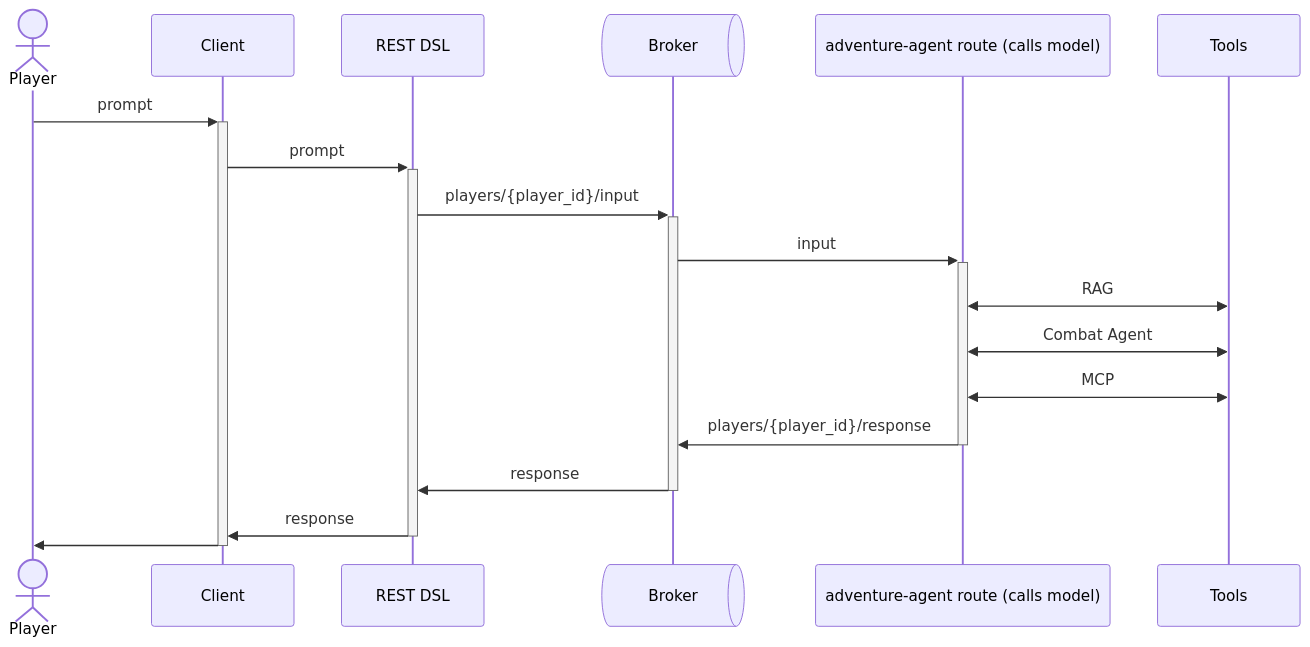
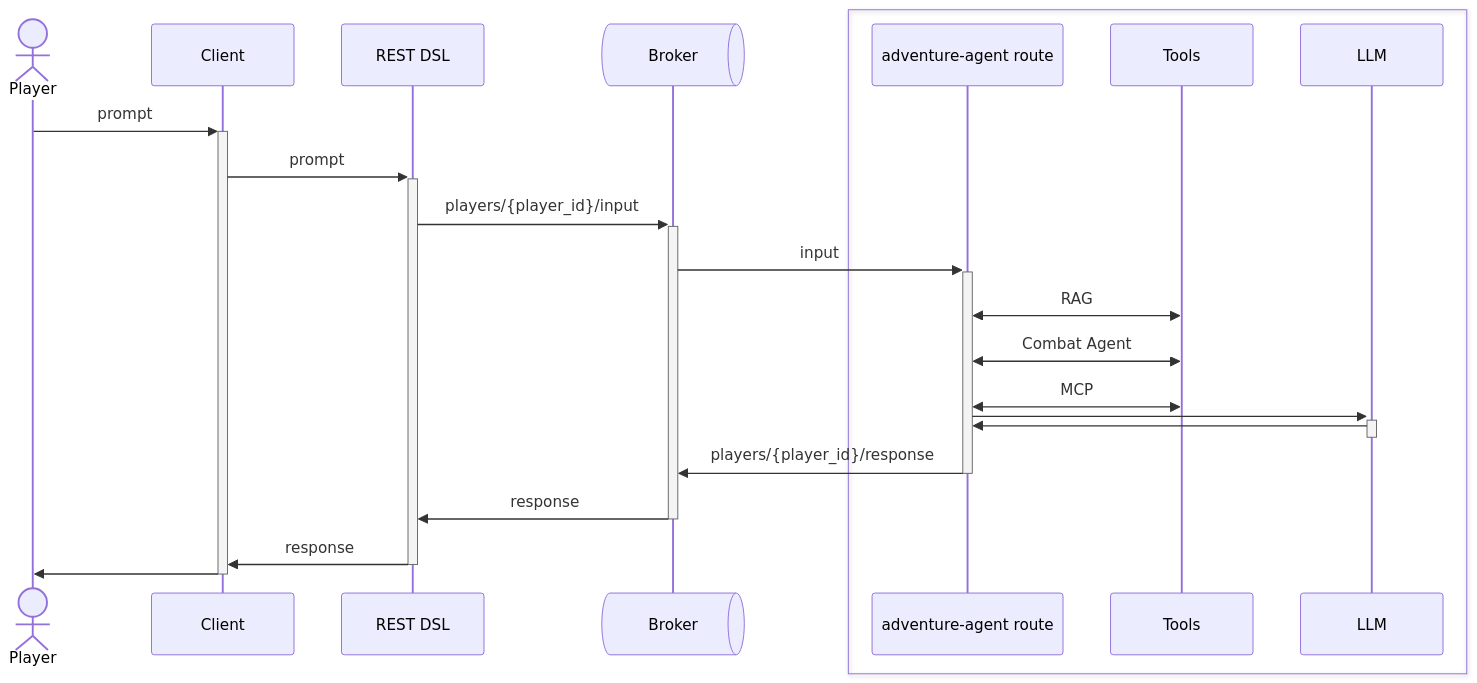
One commit to rh-ei-stp/ai-patterns changed the diagram in agent-adventure/readme.md. Above: the diagram before and after it, drawn with Mermaid.

Commit message:
Improvements to sequence diagram in readme.md

````diff
--- a/agent-adventure/readme.md
+++ b/agent-adventure/readme.md
@@ -5,17 +5,27 @@
 ```mermaid
 sequenceDiagram
 actor Player
     Player->>+Client: prompt
     Client->>+REST DSL:prompt
     participant Broker@{ "type" : "queue" }
     REST DSL->>+Broker: players/{player_id}/input
-    participant AA as adventure-agent route (calls model)
+    participant AA as adventure-agent route
     Broker->>+AA: input
+
+    box transparent
+    participant AA
+    participant Tools
+    participant LLM
+    end
     AA<<->>Tools: RAG
     AA<<->>Tools: Combat Agent
     AA<<->>Tools: MCP
+    AA->>+LLM:
+    LLM->>-AA:
+    
+
     AA->>-Broker:players/{player_id}/response
     Broker->>-REST DSL: response
     REST DSL->>-Client: response
     Client->>-Player:
 ```
````
